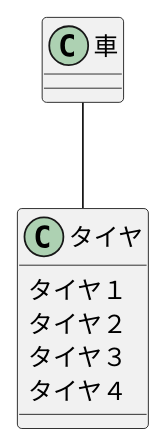
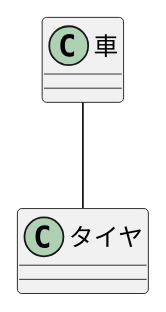
Before and after one commit to masakan590/uml-introduction: the diagram in 演習3-4_クラス図.pu, drawn with PlantUML.

Commit message:
訂正

```diff
--- a/演習3-4_クラス図.pu
+++ b/演習3-4_クラス図.pu
@@ -1,12 +1,9 @@
 @startuml
 class 車 
 class タイヤ{
-    タイヤ１
-    タイヤ２
-    タイヤ３
-    タイヤ４
+    
 }
 
 車  --  タイヤ
 
 @enduml
```
